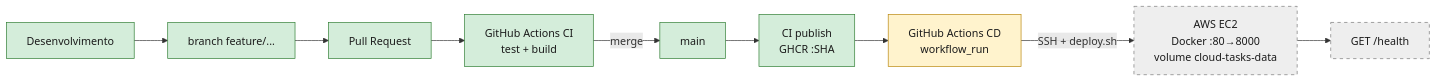
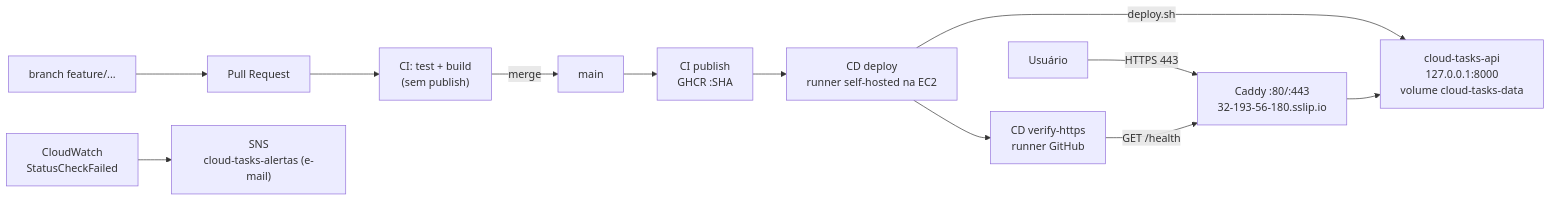
Before and after one commit to jpontesdev/Computacao-em-Nuvem: the diagram in docs/RELATORIO_FINAL.md, drawn with Mermaid. The commit also changed other lines of this file and 3 other files, not shown here.

````diff
--- a/docs/RELATORIO_FINAL.md
+++ b/docs/RELATORIO_FINAL.md
@@ -15,18 +13,14 @@
 ```mermaid
 flowchart LR
-    A[Desenvolvimento] --> B[branch feature/...]
-    B --> C[Pull Request]
-    C --> D["GitHub Actions CI<br/>test + build"]
-    D -->|merge| E[main]
-    E --> F["CI publish<br/>GHCR :SHA"]
-    F --> G["GitHub Actions CD<br/>workflow_run"]
-    G -->|"SSH + deploy.sh"| H["AWS EC2<br/>Docker :80→8000<br/>volume cloud-tasks-data"]
-    H --> I["GET /health"]
-
-    classDef ok fill:#d4edda,stroke:#2e7d32,color:#1b1b1b
-    classDef off fill:#fff3cd,stroke:#b8860b,color:#1b1b1b
-    classDef pend fill:#eeeeee,stroke:#777,stroke-dasharray:5 5,color:#1b1b1b
-    class A,B,C,D,E,F ok
-    class G off
-    class H,I pend
+    A[branch feature/...] --> B[Pull Request]
+    B --> C["CI: test + build<br/>(sem publish)"]
+    C -->|merge| D[main]
+    D --> E["CI publish<br/>GHCR :SHA"]
+    E --> F["CD deploy<br/>runner self-hosted na EC2"]
+    F -->|deploy.sh| G["cloud-tasks-api<br/>127.0.0.1:8000<br/>volume cloud-tasks-data"]
+    F --> V["CD verify-https<br/>runner GitHub"]
+    U[Usuário] -->|"HTTPS 443"| P["Caddy :80/:443<br/>32-193-56-180.sslip.io"]
+    P --> G
+    V -->|"GET /health"| P
+    CW["CloudWatch<br/>StatusCheckFailed"] --> SNS["SNS<br/>cloud-tasks-alertas (e-mail)"]
 ```
````
